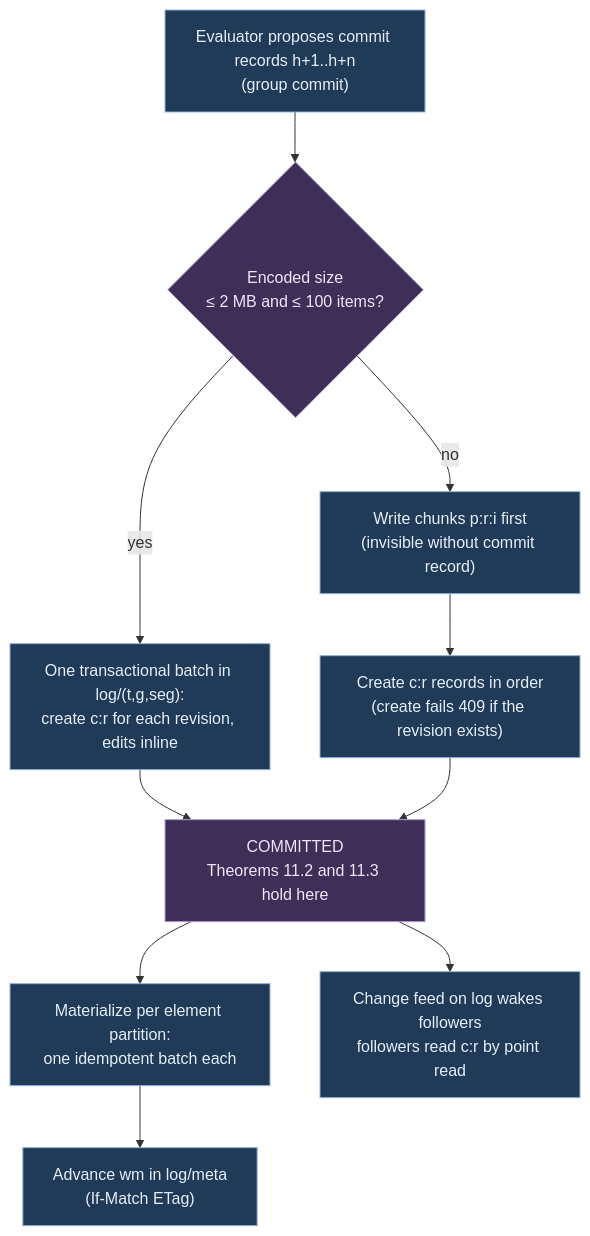
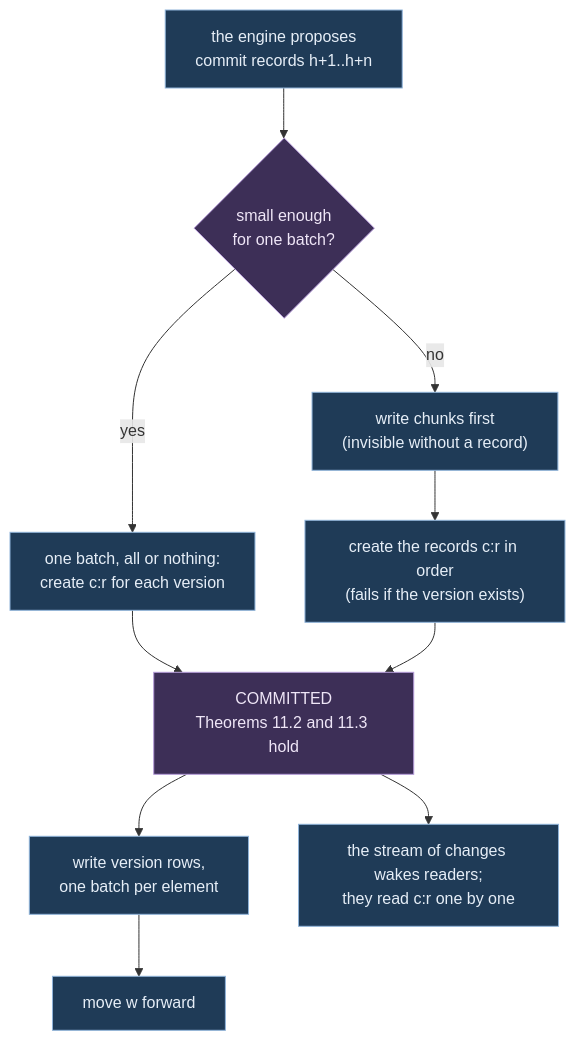
Before and after one commit to abossard/sattle: the diagram in paper/ch11-storage-and-scale.md, drawn with Mermaid. The commit also changed other lines of this file and 19 other files, not shown here.

````diff
--- a/paper/ch11-storage-and-scale.md
+++ b/paper/ch11-storage-and-scale.md
@@ -232,16 +216,16 @@
 ```mermaid
 flowchart TD
-  A["Evaluator proposes commit records h+1..h+n<br/>(group commit)"] --> B{"Encoded size<br/>≤ 2 MB and ≤ 100 items?"}
-  B -- yes --> C["One transactional batch in log/(t,g,seg):<br/>create c:r for each revision, edits inline"]
-  B -- no --> D["Write chunks p:r:i first<br/>(invisible without commit record)"]
-  D --> E["Create c:r records in order<br/>(create fails 409 if the revision exists)"]
-  C --> F["COMMITTED<br/>Theorems 11.2 and 11.3 hold here"]
+  A["the engine proposes<br/>commit records h+1..h+n"] --> B{"small enough<br/>for one batch?"}
+  B -- yes --> C["one batch, all or nothing:<br/>create c:r for each version"]
+  B -- no --> D["write chunks first<br/>(invisible without a record)"]
+  D --> E["create the records c:r in order<br/>(fails if the version exists)"]
+  C --> F["COMMITTED<br/>Theorems 11.2 and 11.3 hold"]
   E --> F
-  F --> G["Materialize per element partition:<br/>one idempotent batch each"]
-  G --> H["Advance wm in log/meta<br/>(If-Match ETag)"]
-  F --> I["Change feed on log wakes followers<br/>followers read c:r by point read"]
+  F --> G["write version rows,<br/>one batch per element"]
+  G --> H["move w forward"]
+  F --> I["the stream of changes wakes readers;<br/>they read c:r one by one"]
   classDef step fill:#1f3b57,stroke:#8fb3d9,color:#e6eef7
   classDef gate fill:#3d2f57,stroke:#b59bd9,color:#efe6f7
   class A,C,D,E,G,H,I step
   class B,F gate
 ```
````
